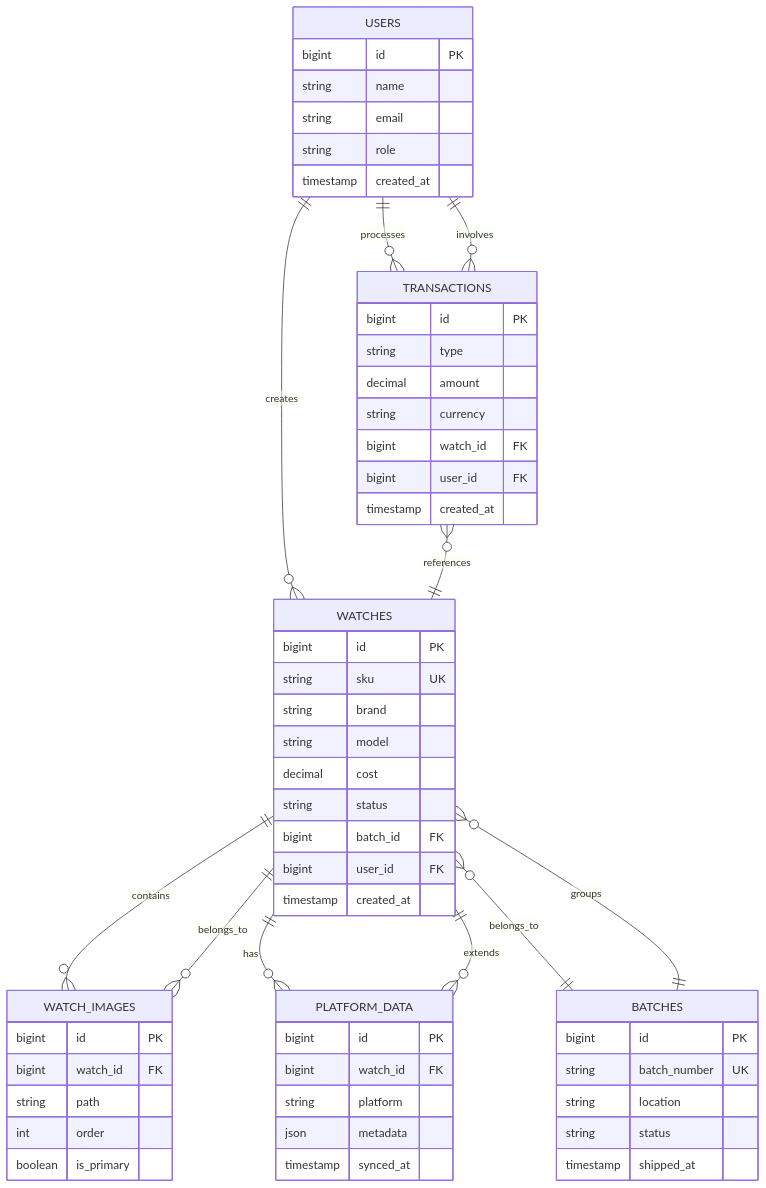
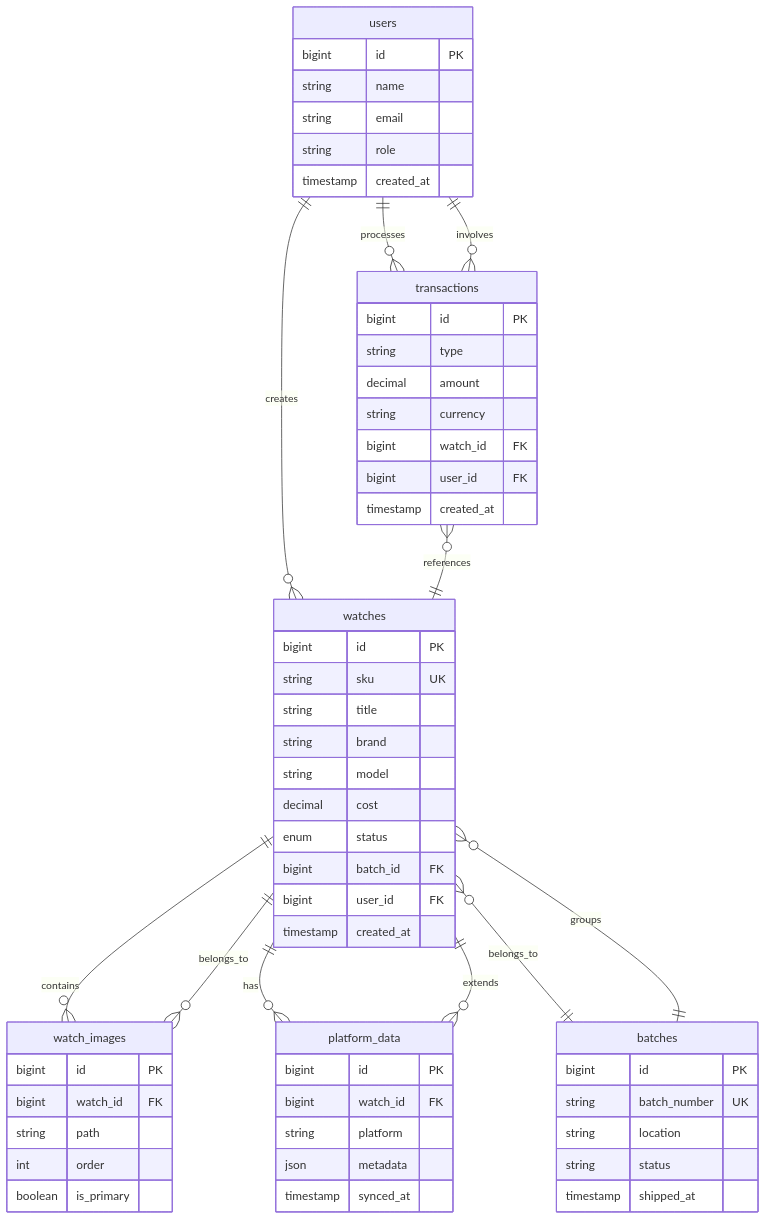
Before and after one commit to saeedhosan/secondvintage-crm: the third of 3 diagrams in README.md, drawn with Mermaid. The commit also changed other lines of this file, not shown here.

Commit message:
docs: update readme badge and diagram

````diff
--- a/README.md
+++ b/README.md
@@ -253,66 +252,67 @@
 ```mermaid
 erDiagram
-    USERS ||--o{ WATCHES : creates
-    USERS ||--o{ TRANSACTIONS : processes
-    USERS {
+    users ||--o{ watches : creates
+    users ||--o{ transactions : processes
+    users {
         bigint id PK
         string name
         string email
         string role
         timestamp created_at
     }
 
-    WATCHES ||--o{ WATCH_IMAGES : contains
-    WATCHES ||--o{ PLATFORM_DATA : has
-    WATCHES }o--|| BATCHES : belongs_to
-    WATCHES {
+    watches ||--o{ watch_images : contains
+    watches ||--o{ platform_data : has
+    watches }o--|| batches : belongs_to
+    watches {
         bigint id PK
         string sku UK
+        string title
         string brand
         string model
         decimal cost
-        string status
+        enum status
         bigint batch_id FK
         bigint user_id FK
         timestamp created_at
     }
 
-    BATCHES ||--o{ WATCHES : groups
-    BATCHES {
+    batches ||--o{ watches : groups
+    batches {
         bigint id PK
         string batch_number UK
         string location
         string status
         timestamp shipped_at
     }
 
-    TRANSACTIONS }o--|| WATCHES : references
-    TRANSACTIONS }o--|| USERS : involves
-    TRANSACTIONS {
+    transactions }o--|| watches : references
+    transactions }o--|| users : involves
+    transactions {
         bigint id PK
         string type
         decimal amount
         string currency
         bigint watch_id FK
         bigint user_id FK
         timestamp created_at
     }
 
-    WATCH_IMAGES }o--|| WATCHES : belongs_to
-    WATCH_IMAGES {
+    watch_images }o--|| watches : belongs_to
+    watch_images {
         bigint id PK
         bigint watch_id FK
         string path
         int order
         boolean is_primary
     }
 
-    PLATFORM_DATA }o--|| WATCHES : extends
-    PLATFORM_DATA {
+    platform_data }o--|| watches : extends
+    platform_data {
         bigint id PK
         bigint watch_id FK
         string platform
         json metadata
         timestamp synced_at
     }
 ```
````
